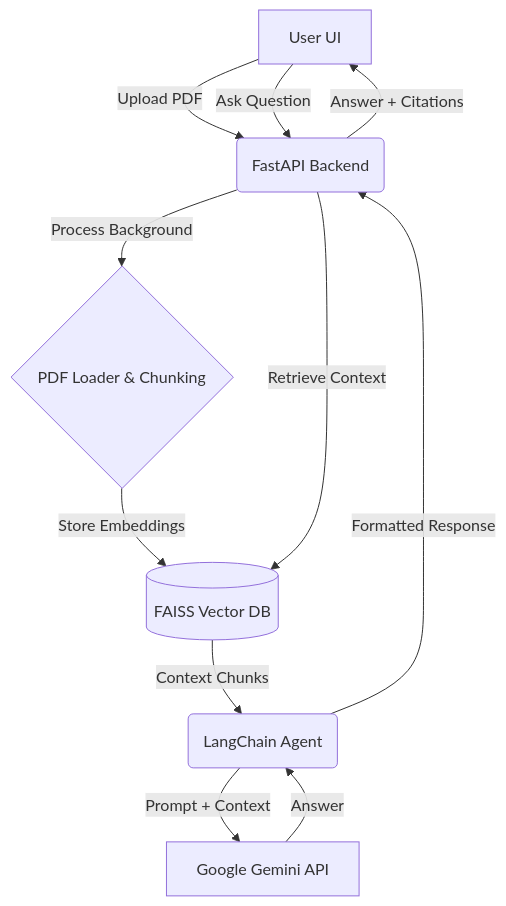
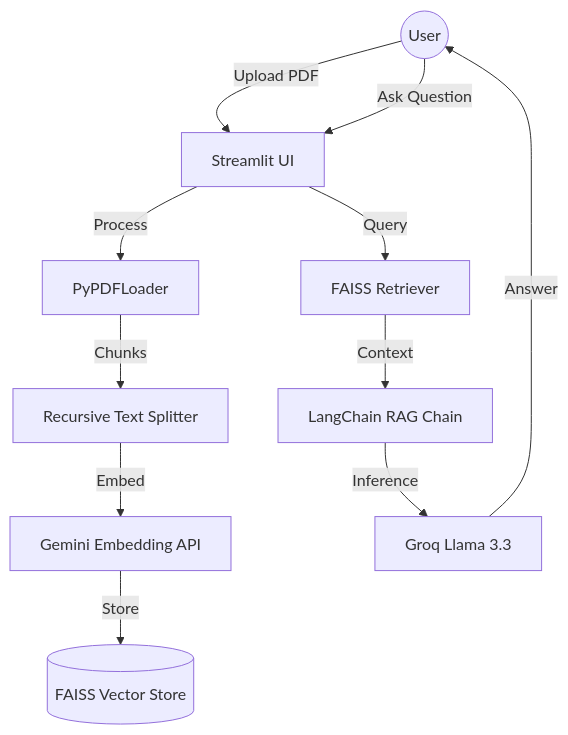
Before and after one commit to bittush8789/Groq-PDF-Assistant: the diagram in README.md, drawn with Mermaid. The commit also changed other lines of this file and 10 other files, not shown here.

````diff
--- a/README.md
+++ b/README.md
@@ -19,13 +13,13 @@
 ```mermaid
 graph TD
-    A[User UI] -->|Upload PDF| B(FastAPI Backend)
-    A -->|Ask Question| B
-    B -->|Process Background| C{PDF Loader & Chunking}
-    C -->|Store Embeddings| D[(FAISS Vector DB)]
-    B -->|Retrieve Context| D
-    D -->|Context Chunks| E(LangChain Agent)
-    E -->|Prompt + Context| F[Google Gemini API]
-    F -->|Answer| E
-    E -->|Formatted Response| B
-    B -->|Answer + Citations| A
+    User((User)) -->|Upload PDF| Streamlit[Streamlit UI]
+    Streamlit -->|Process| PDFLoader[PyPDFLoader]
+    PDFLoader -->|Chunks| TextSplitter[Recursive Text Splitter]
+    TextSplitter -->|Embed| GeminiEmbed[Gemini Embedding API]
+    GeminiEmbed -->|Store| FAISS[(FAISS Vector Store)]
+    User -->|Ask Question| Streamlit
+    Streamlit -->|Query| Retriever[FAISS Retriever]
+    Retriever -->|Context| RAGChain[LangChain RAG Chain]
+    RAGChain -->|Inference| Groq[Groq Llama 3.3]
+    Groq -->|Answer| User
 ```
````
